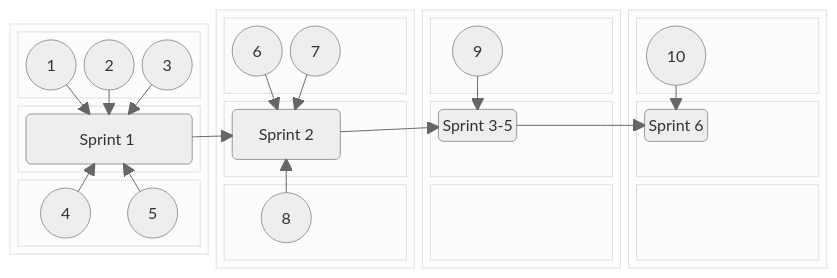
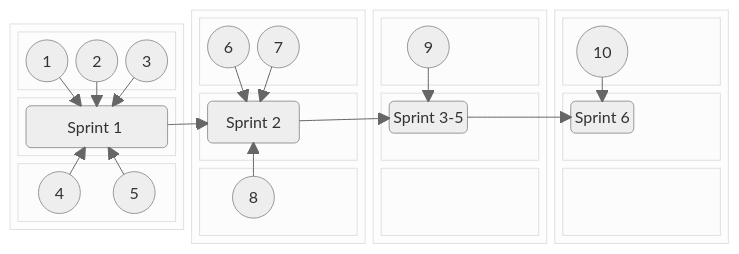
Before and after one commit to jdmedlock/mermaid_testing: the second of 2 diagrams in README.md, drawn with Mermaid (neutral theme).

Commit message:
Feature: Add annotations to test layout

````diff
--- a/README.md
+++ b/README.md
@@ -90,76 +90,76 @@
 ```mermaid
   block-beta
     columns 4
     block:B1:1
       columns 1
       block:B1TOP
-        A1(("&nbsp;&nbsp;&nbsp; 1 &nbsp;&nbsp;&nbsp;"))
-        A2(("&nbsp;&nbsp;&nbsp; 2 &nbsp;&nbsp;&nbsp;"))
-        A3(("&nbsp;&nbsp;&nbsp; 3 &nbsp;&nbsp;&nbsp;"))
+        A1(("&nbsp;&nbsp; 1 &nbsp;&nbsp;"))
+        A2(("&nbsp;&nbsp; 2 &nbsp;&nbsp;"))
+        A3(("&nbsp;&nbsp; 3 &nbsp;&nbsp;"))
       end
       block:B1CENTER
         SPRINT1("Sprint 1&nbsp;")
       end
       block:B1BOTTOM
-        A4(("&nbsp;&nbsp;&nbsp; 4 &nbsp;&nbsp;&nbsp;"))
-        A5(("&nbsp;&nbsp;&nbsp; 5 &nbsp;&nbsp;&nbsp;"))
+        A4(("&nbsp;&nbsp; 4 &nbsp;&nbsp;"))
+        A5(("&nbsp;&nbsp; 5 &nbsp;&nbsp;"))
       end
       A1 ----> SPRINT1
       A2 ----> SPRINT1
       A3 ----> SPRINT1
       A4 ----> SPRINT1
       A5 ----> SPRINT1
     end
 
     block:B2:1
       columns 1
       block:B2TOP
-        A6(("&nbsp;&nbsp;&nbsp; 6 &nbsp;&nbsp;&nbsp;"))
-        A7(("&nbsp;&nbsp;&nbsp; 7 &nbsp;&nbsp;&nbsp;"))
+        A6(("&nbsp;&nbsp; 6 &nbsp;&nbsp;"))
+        A7(("&nbsp;&nbsp; 7 &nbsp;&nbsp;"))
       end
       block:B2CENTER
         SPRINT2("Sprint 2")
       end
       block:B2BOTTOM
-        A8(("&nbsp;&nbsp;&nbsp; 8 &nbsp;&nbsp;&nbsp;"))
+        A8(("&nbsp;&nbsp; 8 &nbsp;&nbsp;"))
       end
       A6 ----> SPRINT2
       A7 ----> SPRINT2
       A8 ----> SPRINT2
     end
 
     block:B3:1
       columns 1
       block:B3TOP
-        A9(("&nbsp;&nbsp;&nbsp; 9 &nbsp;&nbsp;&nbsp;"))
+        A9(("&nbsp;&nbsp; 9 &nbsp;&nbsp;"))
       end
       block:B3CENTER
         SPRINTS35("Sprint 3-5")
       end
       block:B3BOTTOM
         space
       end
 
       A9 ----> SPRINTS35
     end
 
     block:B4:1
       columns 1
       block:B4TOP
-        A10(("&nbsp;&nbsp;&nbsp; 10 &nbsp;&nbsp;&nbsp;"))
+        A10(("&nbsp;&nbsp; 10 &nbsp;&nbsp;"))
       end
       block:B4CENTER
         SPRINT6("Sprint 6")
       end
       block:B4BOTTOM
         space
       end
 
       A10 ----> SPRINT6
     end
 
     SPRINT1 --> SPRINT2
     SPRINT2 --> SPRINTS35
     SPRINTS35 --> SPRINT6
 
 ```
````
